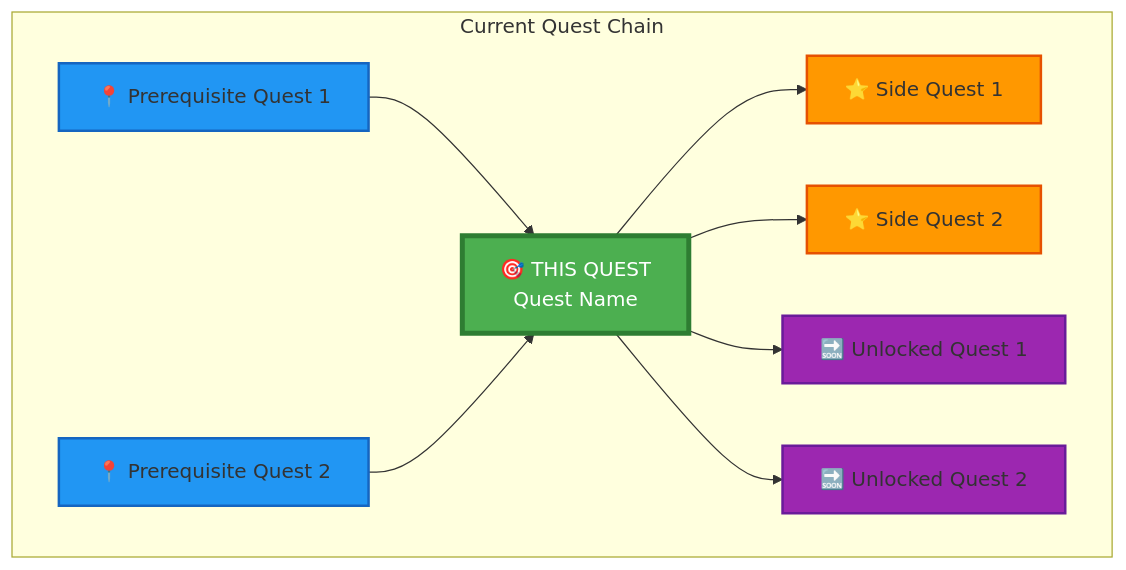
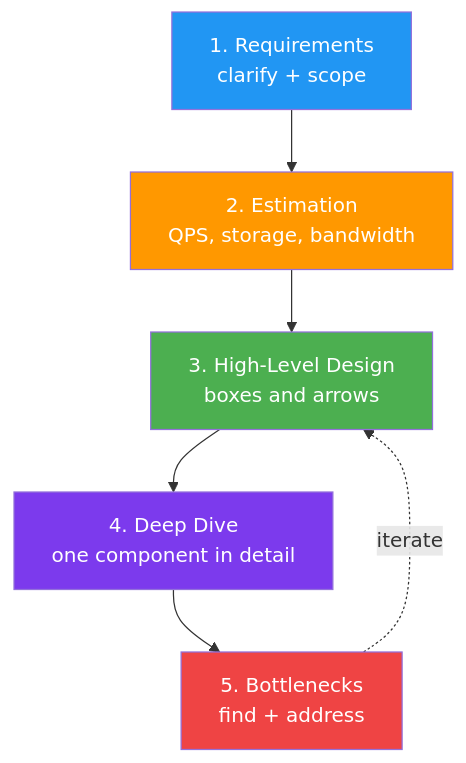
One commit to bamr87/it-journey changed the first of 2 diagrams in pages/_quests/1110/system-design-interviews.md. Above: the diagram before and after it, drawn with Mermaid. The commit also changed other lines of this file and 284 other files, not shown here.

First line of the commit message:
feat(quests): overhaul quest module — schema, content, hub UI, and CI/CD

````diff
--- a/pages/_quests/1110/system-design-interviews.md
+++ b/pages/_quests/1110/system-design-interviews.md
@@ -108,27 +203,13 @@
 ```mermaid
 graph TB
-    subgraph "Current Quest Chain"
-        PreReq1[📍 Prerequisite Quest 1]
-        PreReq2[📍 Prerequisite Quest 2]
-        Current[🎯 THIS QUEST<br/>Quest Name]
-        Side1[⭐ Side Quest 1]
-        Side2[⭐ Side Quest 2]
-        Next1[🔜 Unlocked Quest 1]
-        Next2[🔜 Unlocked Quest 2]
-    end
-    
-    PreReq1 --> Current
-    PreReq2 --> Current
-    Current --> Side1
-    Current --> Side2
-    Current --> Next1
-    Current --> Next2
-    
-    style Current fill:#4CAF50,stroke:#2E7D32,stroke-width:4px,color:#fff
-    style PreReq1 fill:#2196F3,stroke:#1565C0,stroke-width:2px
-    style PreReq2 fill:#2196F3,stroke:#1565C0,stroke-width:2px
-    style Side1 fill:#FF9800,stroke:#E65100,stroke-width:2px
-    style Side2 fill:#FF9800,stroke:#E65100,stroke-width:2px
-    style Next1 fill:#9C27B0,stroke:#6A1B9A,stroke-width:2px
-    style Next2 fill:#9C27B0,stroke:#6A1B9A,stroke-width:2px
+    R[1. Requirements<br/>clarify + scope] --> E[2. Estimation<br/>QPS, storage, bandwidth]
+    E --> H[3. High-Level Design<br/>boxes and arrows]
+    H --> D[4. Deep Dive<br/>one component in detail]
+    D --> B[5. Bottlenecks<br/>find + address]
+    B -.iterate.-> H
+    style R fill:#2196F3,color:#fff
+    style E fill:#FF9800,color:#fff
+    style H fill:#4CAF50,color:#fff
+    style D fill:#7c3aed,color:#fff
+    style B fill:#ef4444,color:#fff
 ```
````
